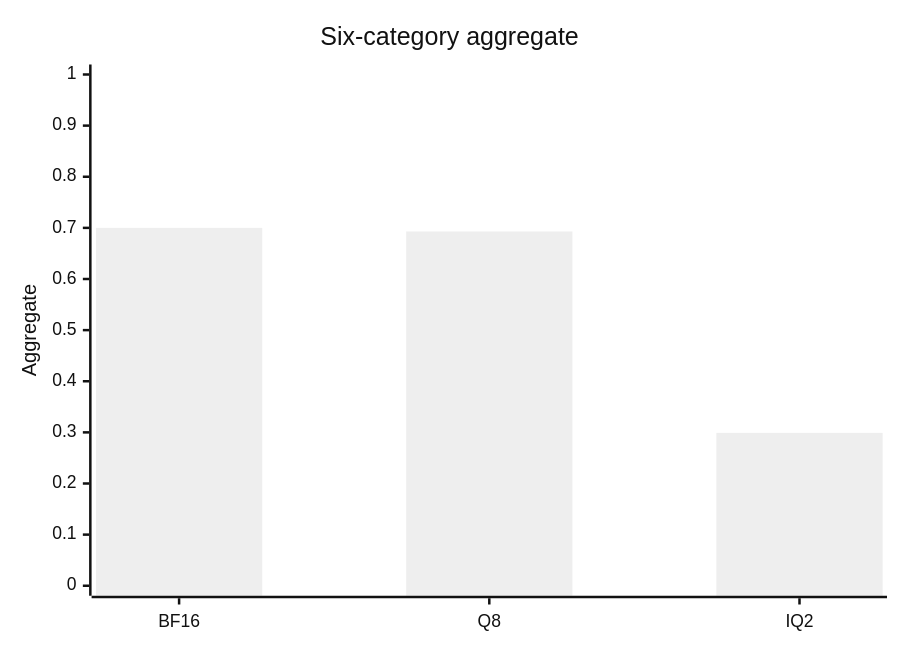
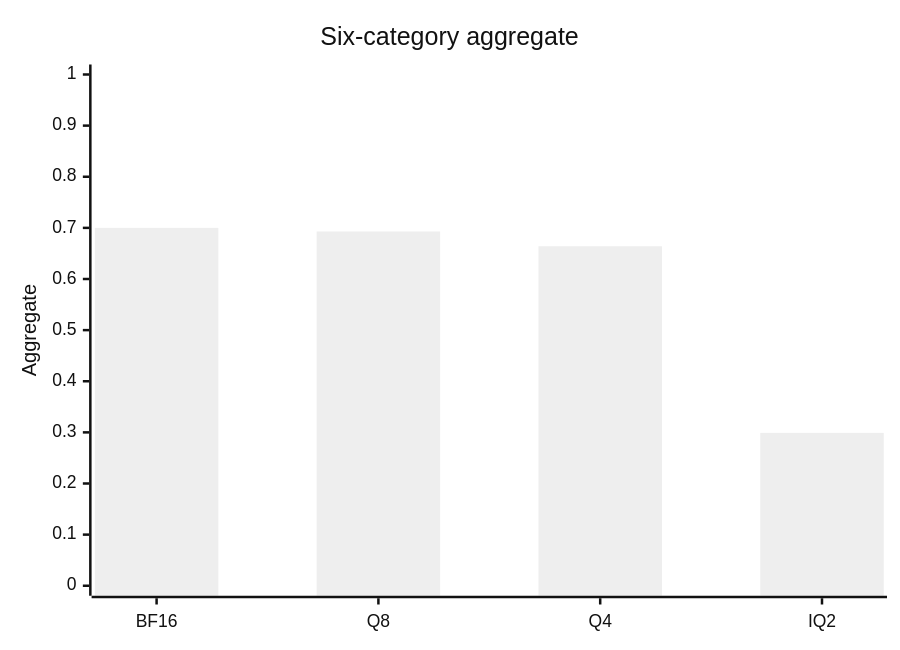
The diagram in docs/P9_Q4_IQ2.md (ExVRAM/exvram-lab), drawn with Mermaid (neutral theme) before and after one commit. The commit also changed other lines of this file and 7 other files, not shown here.

````diff
--- a/docs/P9_Q4_IQ2.md
+++ b/docs/P9_Q4_IQ2.md
@@ -29,7 +37,7 @@
 ```mermaid
 xychart-beta
     title "Six-category aggregate"
-    x-axis ["BF16", "Q8", "IQ2"]
+    x-axis ["BF16", "Q8", "Q4", "IQ2"]
     y-axis "Aggregate" 0 --> 1
-    bar [0.700, 0.693, 0.299]
+    bar [0.700, 0.693, 0.664, 0.299]
 ```
````
